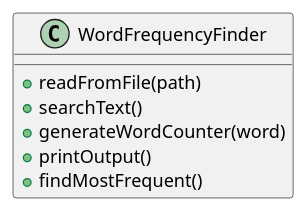
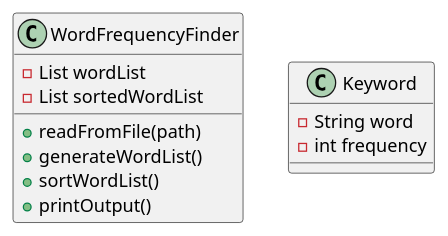
Before and after one commit to kiwibrie/juntunen-cop3330-assignment3: the diagram in src/main/java/ex46/WordFrequencyFinder.puml, drawn with PlantUML. The commit also changed 2 other files, not shown here.

```diff
--- a/src/main/java/ex46/WordFrequencyFinder.puml
+++ b/src/main/java/ex46/WordFrequencyFinder.puml
@@ -1,12 +1,18 @@
 @startuml
 'https://plantuml.com/class-diagram
 
 class WordFrequencyFinder{
+- List wordList
+- List sortedWordList
 + readFromFile(path)
-+ searchText()
-+ generateWordCounter(word)
++ generateWordList()
++ sortWordList()
 + printOutput()
-+ findMostFrequent()
+}
+
+class Keyword{
+- String word
+- int frequency
 }
 
 @enduml
```
